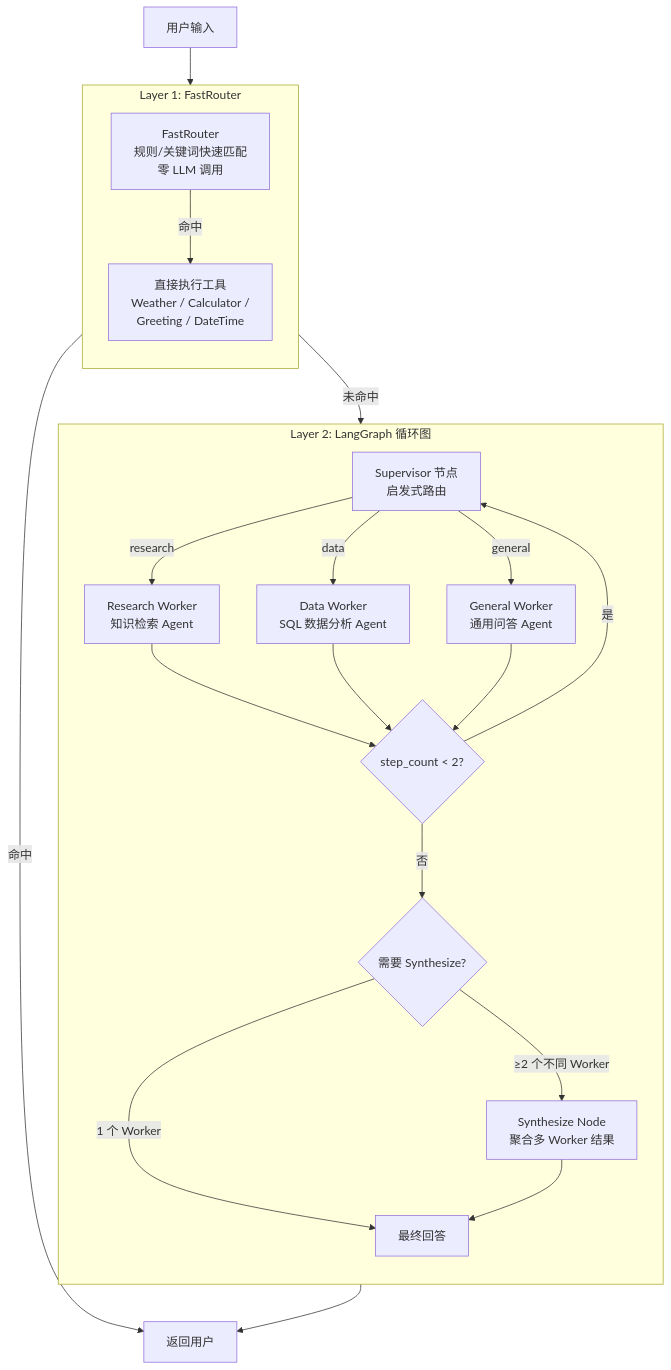
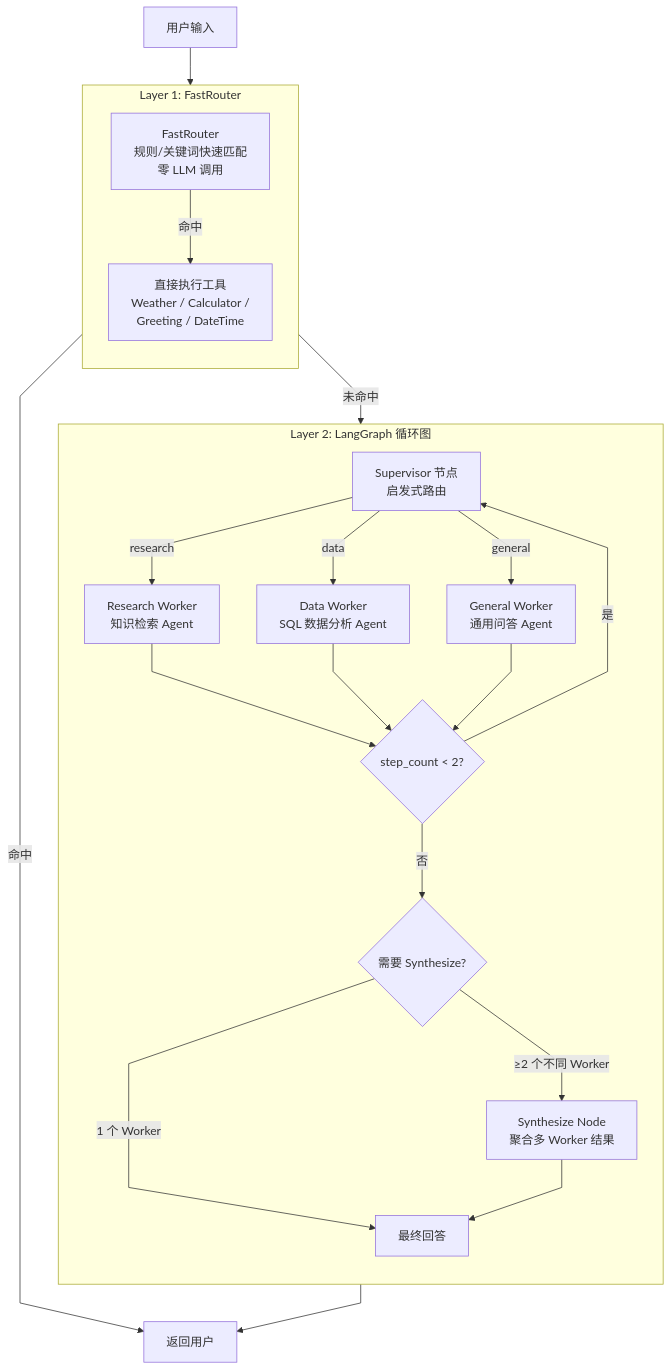
Before and after one commit to 05H-chouwenzi/AI-Agent-Assistant-System: the diagram in README.md, drawn with Mermaid.

Commit message:
docs: use linear diagram edges

````diff
--- a/README.md
+++ b/README.md
@@ -24,44 +24,45 @@
 ```mermaid
+%%{init: {"flowchart": {"curve": "linear"}}}%%
 flowchart TB
     User["用户输入"]
 
     subgraph Layer1["Layer 1: FastRouter"]
         direction TB
         FR["FastRouter<br/>规则/关键词快速匹配<br/>零 LLM 调用"]
         Tool["直接执行工具<br/>Weather / Calculator /<br/>Greeting / DateTime"]
         FR -- "命中" --> Tool
     end
 
     subgraph Layer2["Layer 2: LangGraph 循环图"]
         direction TB
         SUP["Supervisor 节点<br/>启发式路由"]
 
         RW["Research Worker<br/>知识检索 Agent"]
         DW["Data Worker<br/>SQL 数据分析 Agent"]
         GW["General Worker<br/>通用问答 Agent"]
 
         STEP{"step_count < 2?"}
         SYNQ{"需要 Synthesize?"}
         SYN["Synthesize Node<br/>聚合多 Worker 结果"]
         FINAL["最终回答"]
 
         SUP -- "research" --> RW
         SUP -- "data" --> DW
         SUP -- "general" --> GW
         RW --> STEP
         DW --> STEP
         GW --> STEP
         STEP -- "是" --> SUP
         STEP -- "否" --> SYNQ
         SYNQ -- "1 个 Worker" --> FINAL
         SYNQ -- "≥2 个不同 Worker" --> SYN
         SYN --> FINAL
     end
 
     Return["返回用户"]
 
     User --> Layer1
     Layer1 -- "命中" --> Return
     Layer1 -- "未命中" --> Layer2
     Layer2 --> Return
 ```
````
